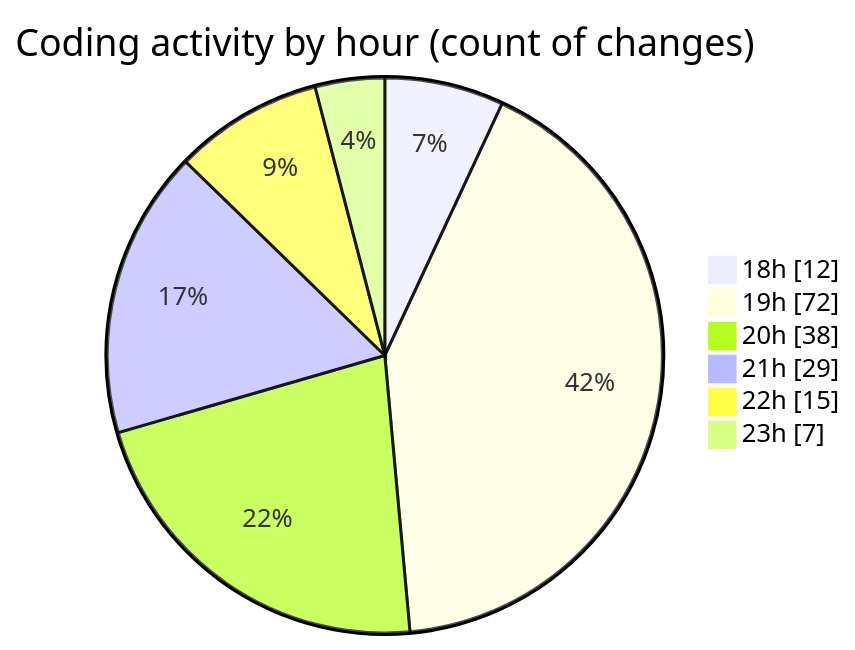
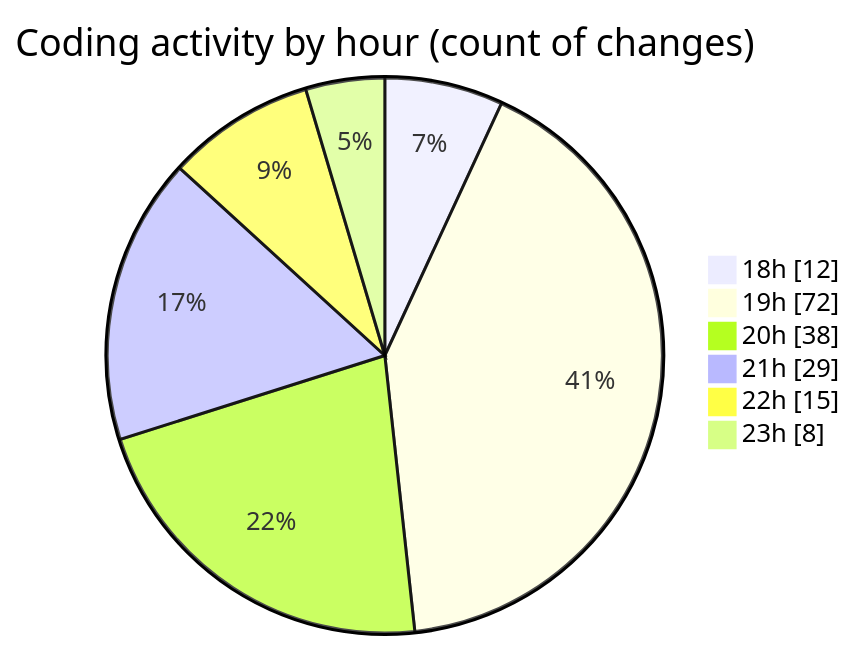
Before and after one commit to MatusMokan/code-tracking: the second of 2 diagrams in 2025-03-14/myws__workspace_/README.md, drawn with Mermaid. The commit also changed other lines of this file and 1 other file, not shown here.

````diff
--- a/2025-03-14/myws__workspace_/README.md
+++ b/2025-03-14/myws__workspace_/README.md
@@ -31,10 +31,10 @@
 ```mermaid
 pie showData
 title Coding activity by hour (count of changes)
 "18h" : 12
 "19h" : 72
 "20h" : 38
 "21h" : 29
 "22h" : 15
-"23h" : 7
+"23h" : 8
 ```
````
